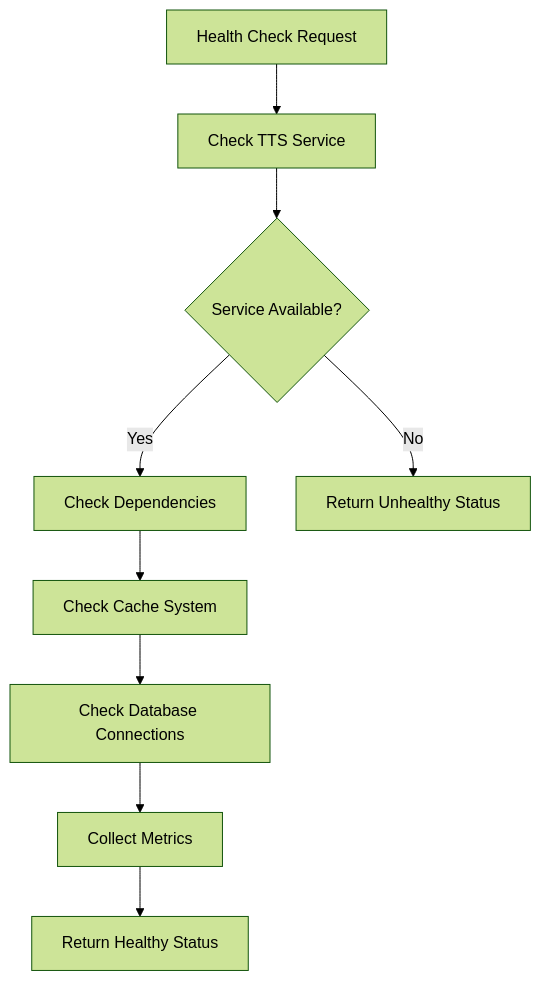
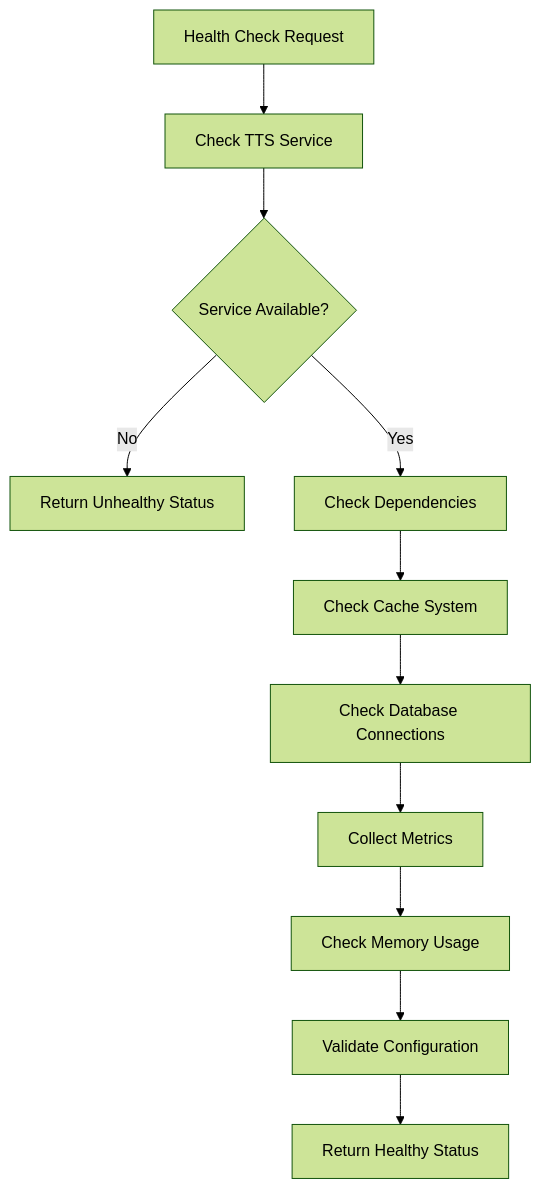
Before and after one commit to zmyeo54/briefroom: the fourth of 4 diagrams in .qoder/repowiki/en/content/Core Features/Text-to-Speech Integration.md, drawn with Mermaid (forest theme). The commit also changed other lines of this file and 7 other files, not shown here.

````diff
--- a/.qoder/repowiki/en/content/Core Features/Text-to-Speech Integration.md
+++ b/.qoder/repowiki/en/content/Core Features/Text-to-Speech Integration.md
@@ -437,11 +556,13 @@
 ```mermaid
 flowchart TD
 A[Health Check Request] --> B[Check TTS Service]
 B --> C{Service Available?}
+C --> |No| E[Return Unhealthy Status]
 C --> |Yes| D[Check Dependencies]
-C --> |No| E[Return Unhealthy Status]
 D --> F[Check Cache System]
 F --> G[Check Database Connections]
 G --> H[Collect Metrics]
-H --> I[Return Healthy Status]
+H --> I[Check Memory Usage]
+I --> J[Validate Configuration]
+J --> K[Return Healthy Status]
 ```
````
